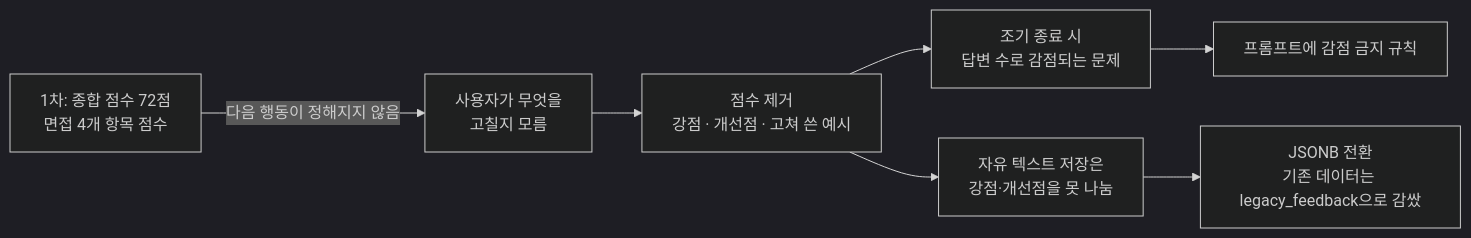
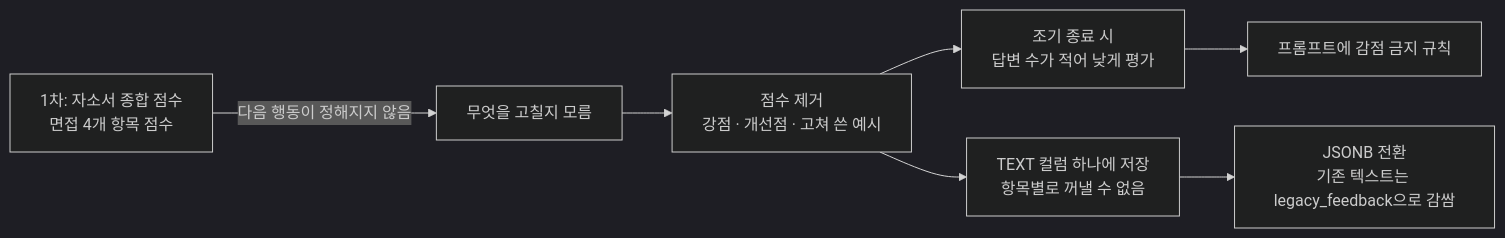
Before and after one commit to SunWoo1213/Mock_interview: the third of 7 diagrams in README.md, drawn with Mermaid (dark theme). The commit also changed other lines of this file, not shown here.

````diff
--- a/README.md
+++ b/README.md
@@ -150,9 +183,9 @@
 ```mermaid
 flowchart LR
-  V1["1차: 종합 점수 72점<br/>면접 4개 항목 점수"] -->|다음 행동이 정해지지 않음| P[사용자가 무엇을<br/>고칠지 모름]
-  P --> V2[점수 제거<br/>강점 · 개선점 · 고쳐 쓴 예시]
-  V2 --> C1["조기 종료 시<br/>답변 수로 감점되는 문제"]
-  C1 --> R[프롬프트에 감점 금지 규칙]
-  V2 --> C2[자유 텍스트 저장은<br/>강점·개선점을 못 나눔]
-  C2 --> J[JSONB 전환<br/>기존 데이터는 legacy_feedback으로 감쌌]
+  V1["1차: 자소서 종합 점수<br/>면접 4개 항목 점수"] -->|"다음 행동이 정해지지 않음"| P["무엇을 고칠지 모름"]
+  P --> V2["점수 제거<br/>강점 · 개선점 · 고쳐 쓴 예시"]
+  V2 --> C1["조기 종료 시<br/>답변 수가 적어 낮게 평가"]
+  C1 --> R["프롬프트에 감점 금지 규칙"]
+  V2 --> C2["TEXT 컬럼 하나에 저장<br/>항목별로 꺼낼 수 없음"]
+  C2 --> J["JSONB 전환<br/>기존 텍스트는 legacy_feedback으로 감쌈"]
 ```
````
